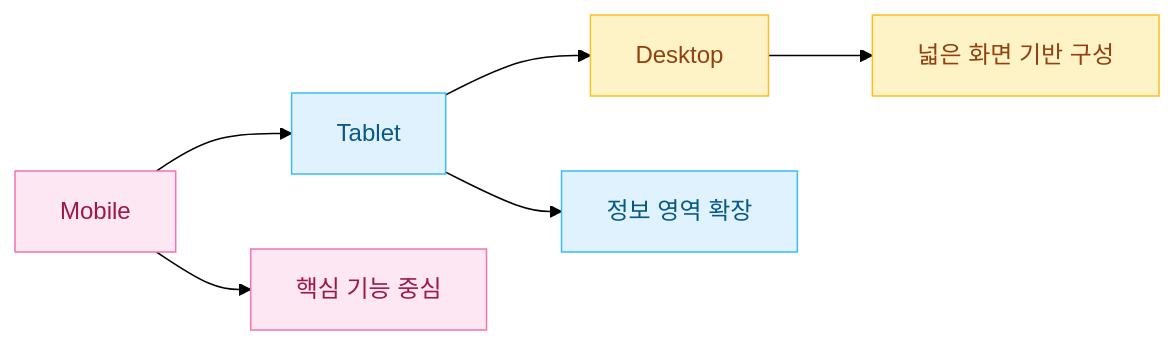
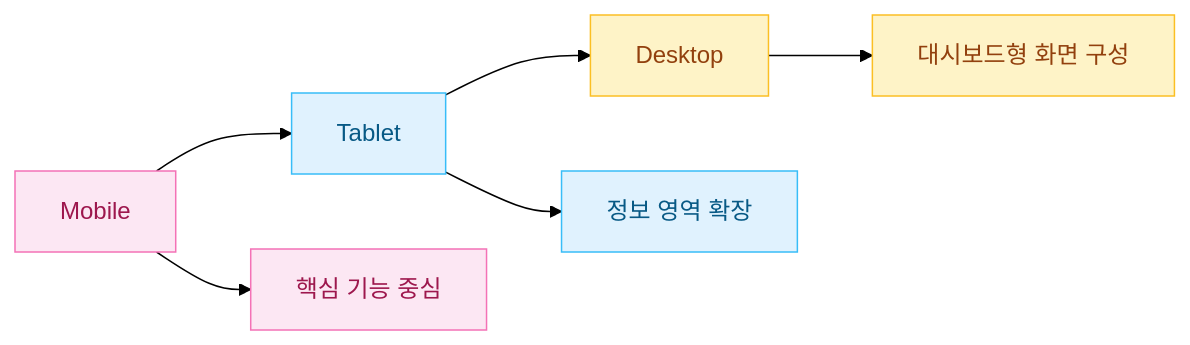
Before and after one commit to hyunjaeha/moodget: the third of 5 diagrams in README.md, drawn with Mermaid (forest theme). The commit also changed other lines of this file, not shown here.

````diff
--- a/README.md
+++ b/README.md
@@ -103,17 +108,17 @@
 ```mermaid
 flowchart LR
     A[Mobile] --> B[Tablet]
     B --> C[Desktop]
 
     A --> A1[핵심 기능 중심]
     B --> B1[정보 영역 확장]
-    C --> C1[넓은 화면 기반 구성]
+    C --> C1[대시보드형 화면 구성]
 
     classDef mobile fill:#FCE7F3,color:#9D174D,stroke:#F472B6;
     classDef tablet fill:#E0F2FE,color:#075985,stroke:#38BDF8;
     classDef desktop fill:#FEF3C7,color:#92400E,stroke:#FBBF24;
 
     class A,A1 mobile;
     class B,B1 tablet;
     class C,C1 desktop;
 ```
````
